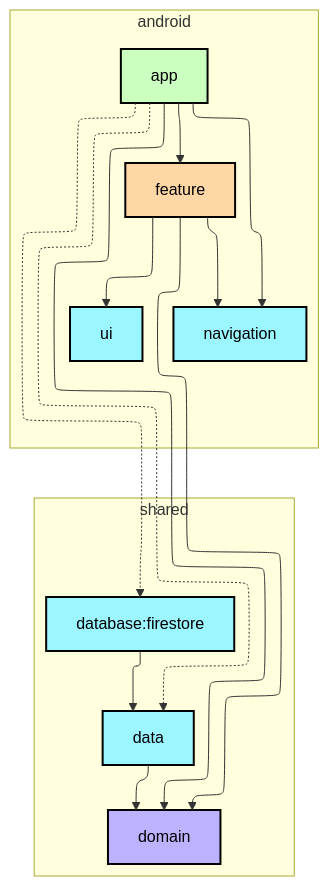
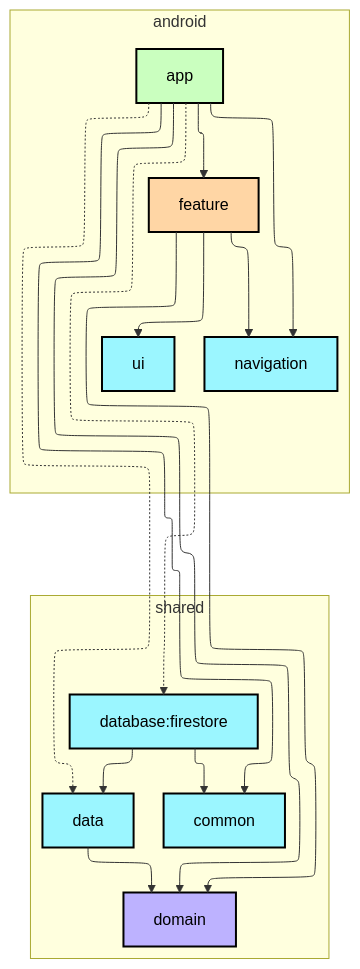
One commit to Kaito-Dogi/smopin changed the diagram in README.md. Above: the diagram before and after it, drawn with Mermaid.

Commit message:
doc: モジュール構成図を修正

````diff
--- a/README.md
+++ b/README.md
@@ -47,48 +47,51 @@
 ```mermaid
 ---
 config:
   layout: elk
   elk:
     nodePlacementStrategy: SIMPLE
 ---
 graph TB
   subgraph android
     direction TB
     android:app[app]:::android-application
     android:feature[feature]:::android-feature
     android:navigation[navigation]:::android-library
     android:ui[ui]:::android-library
   end
 
   subgraph shared
     direction TB
+    shared:common[common]:::android-library
     shared:data[data]:::android-library
     shared:database:firestore[database:firestore]:::android-library
     shared:domain[domain]:::jvm-library
   end
 
   %% app dependencies
   android:app --> android:feature
   android:app --> android:navigation
+  android:app --> shared:common
   android:app --> shared:domain
   android:app -.-> shared:data
   android:app -.-> shared:database:firestore
 
   %% feature dependencies
   android:feature --> shared:domain
   android:feature --> android:navigation
   android:feature --> android:ui
 
   %% data layer
   shared:data --> shared:domain
 
   %% firestore
+  shared:database:firestore --> shared:common
   shared:database:firestore --> shared:data
 
 classDef android-application fill:#CAFFBF,stroke:#000,stroke-width:2px,color:#000;
 classDef android-feature fill:#FFD6A5,stroke:#000,stroke-width:2px,color:#000;
 classDef android-library fill:#9BF6FF,stroke:#000,stroke-width:2px,color:#000;
 classDef android-test fill:#A0C4FF,stroke:#000,stroke-width:2px,color:#000;
 classDef jvm-library fill:#BDB2FF,stroke:#000,stroke-width:2px,color:#000;
 classDef unknown fill:#FFADAD,stroke:#000,stroke-width:2px,color:#000;
 ```
````
